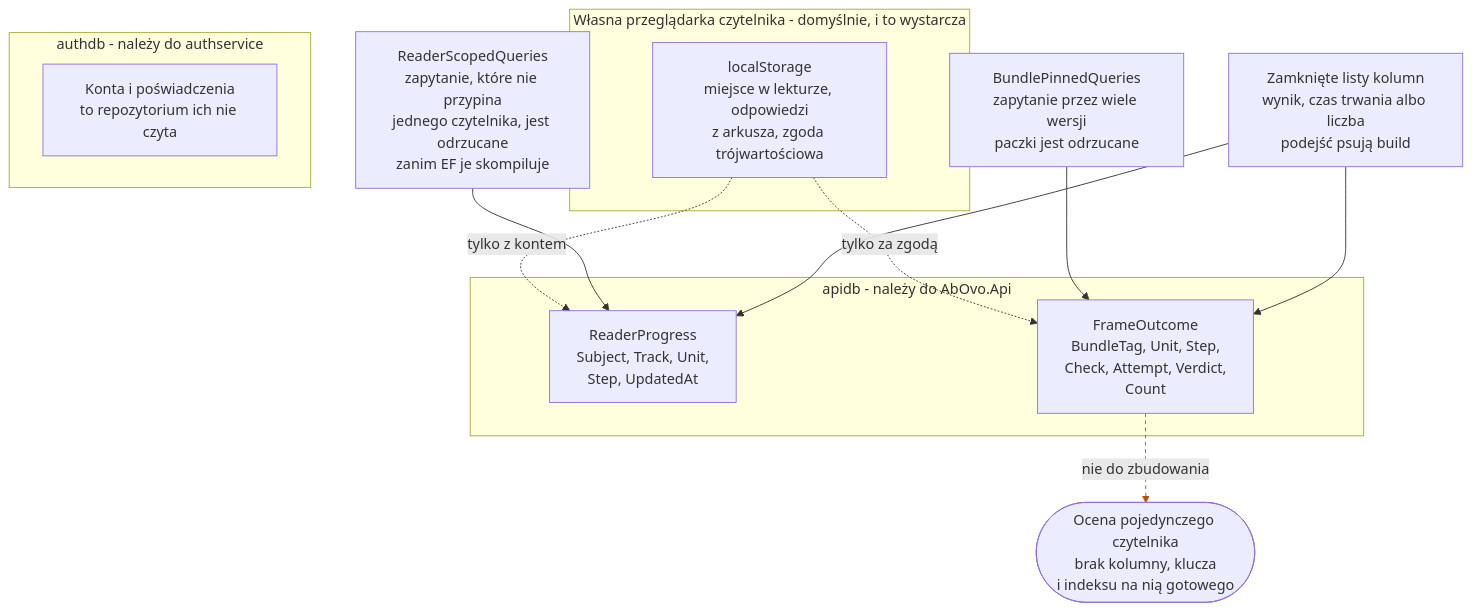
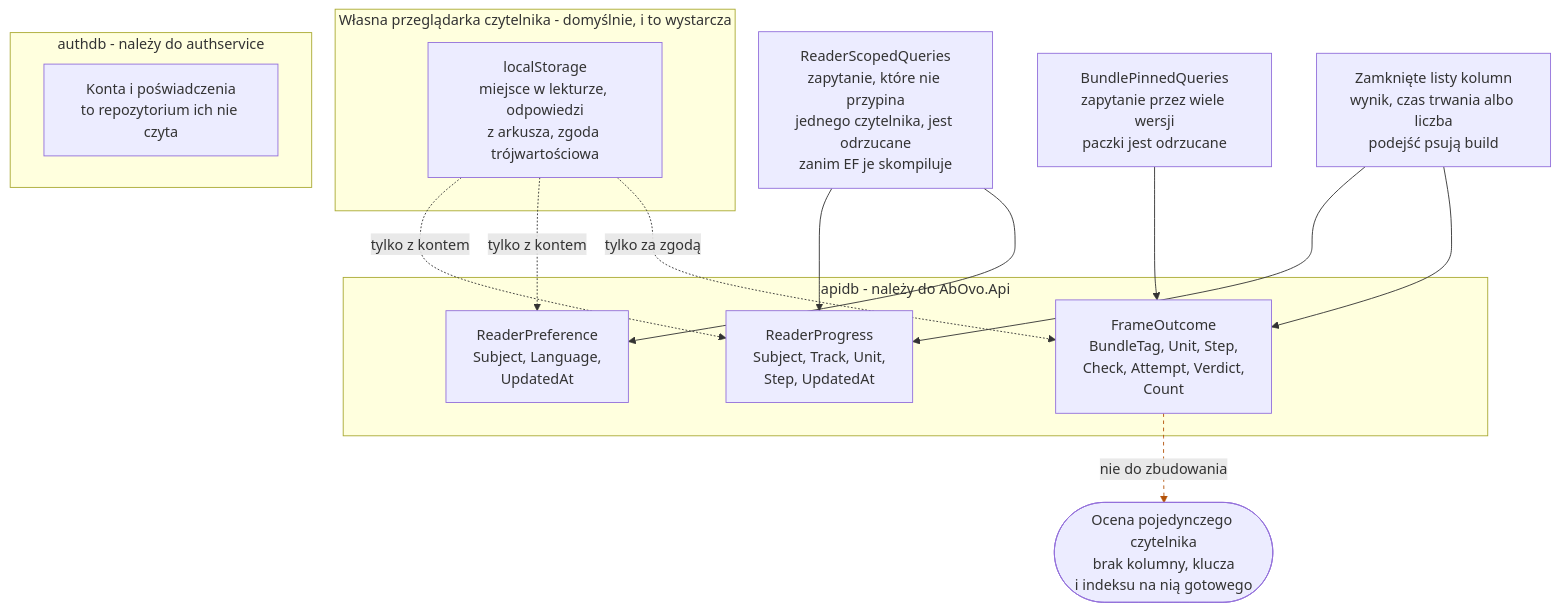
The diagram in docs/diagrams/a5-what-is-stored.pl.mmd (konradcinkusz/ab-ove), drawn with Mermaid before and after one commit. The commit also changed 79 other files, not shown here.

```diff
--- a/docs/diagrams/a5-what-is-stored.pl.mmd
+++ b/docs/diagrams/a5-what-is-stored.pl.mmd
@@ -1,46 +1,54 @@
 %% Co jest przechowywane i na jakie pytanie schemat celowo nie potrafi odpowiedzieć.
 %% JEDEN DIAGRAM NA PLIK. UTF-8. Dlaczego nie ASCII: patrz a1-system-context.pl.mmd.
 
-%% DWIE TABELE, A KAŻDĄ TRZYMAJĄ TRZY MECHANICZNE REGUŁY, NIE OBIETNICA. ReaderProgress
-%% mówi, GDZIE jest czytelnik, i nigdy jak mu poszło; FrameOutcome zlicza werdykt przy
-%% ramce i nie niesie ani identyfikatora, ani znacznika czasu
-%% (ADR-0009, ADR-0020, ADR-0023).
+%% TRZY TABELE, A KAŻDĄ TRZYMAJĄ MECHANICZNE REGUŁY, NIE OBIETNICA. ReaderProgress mówi,
+%% GDZIE jest czytelnik, i nigdy jak mu poszło; ReaderPreference mówi, którą EDYCJĘ wybrał, i
+%% nic poza tym (ADR-0048); FrameOutcome zlicza werdykt przy ramce i nie niesie ani
+%% identyfikatora, ani znacznika czasu (ADR-0009, ADR-0020, ADR-0023).
+
+%% DWIE TABELE ZWIĄZANE Z CZYTELNIKIEM DZIELĄ JEDNĄ STRAŻ. "Ilu czytelników wybrało polski"
+%% to preferencja, a nie pomiar, i wciąż jest faktem uzyskanym przez liczenie czytelników -
+%% więc ReaderScopedQueries odmawia go na tych samych zasadach co "jak daleko zaszedł każdy
+%% czytelnik".
 
 %% NIEOBECNA KOLUMNA JEST PROJEKTEM. Wynik nie niesie czytelnika, więc nic nie potrafi
 %% znaleźć wierszy, które były twoje - dlatego usunięcie konta nie cofnie wkładu już
 %% wliczonego do wskaźnika, i dlatego ekran usuwania mówi to wprost (ADR-0021).
 
 %% NIC, CO CZYTELNIK PISZE NA RAMCE, NIE JEST PRZECHOWYWANE POZA JEGO PRZEGLĄDARKĄ
 %% (ADR-0039). Arkusz, notatnik i płótno są lokalne; taka jest też zgoda (ADR-0022) i takie
 %% jest miejsce w lekturze, dopóki konto go nie zsynchronizuje.
 
 flowchart TD
   subgraph browser["Własna przeglądarka czytelnika - domyślnie, i to wystarcza"]
     LOCAL["localStorage<br/>miejsce w lekturze, odpowiedzi<br/>z arkusza, zgoda trójwartościowa"]
   end
 
   subgraph apidb["apidb - należy do AbOvo.Api"]
     RP["ReaderProgress<br/>Subject, Track, Unit,<br/>Step, UpdatedAt"]
+    RPF["ReaderPreference<br/>Subject, Language,<br/>UpdatedAt"]
     FO["FrameOutcome<br/>BundleTag, Unit, Step,<br/>Check, Attempt, Verdict,<br/>Count"]
   end
 
   subgraph authdb["authdb - należy do authservice"]
     ACC["Konta i poświadczenia<br/>to repozytorium ich nie czyta"]
   end
 
   RULE1["ReaderScopedQueries<br/>zapytanie, które nie przypina<br/>jednego czytelnika, jest odrzucane<br/>zanim EF je skompiluje"]
   RULE2["BundlePinnedQueries<br/>zapytanie przez wiele wersji<br/>paczki jest odrzucane"]
   RULE3["Zamknięte listy kolumn<br/>wynik, czas trwania albo liczba<br/>podejść psują build"]
 
   LOCAL -.->|"tylko z kontem"| RP
+  LOCAL -.->|"tylko z kontem"| RPF
   LOCAL -.->|"tylko za zgodą"| FO
 
   RULE1 --> RP
+  RULE1 --> RPF
   RULE3 --> RP
   RULE2 --> FO
   RULE3 --> FO
 
   NOPE(["Ocena pojedynczego czytelnika<br/>brak kolumny, klucza<br/>i indeksu na nią gotowego"])
   FO -.->|"nie do zbudowania"| NOPE
 
-  linkStyle 6 stroke:#b45309,stroke-dasharray: 4 4;
+  linkStyle 8 stroke:#b45309,stroke-dasharray: 4 4;
```
